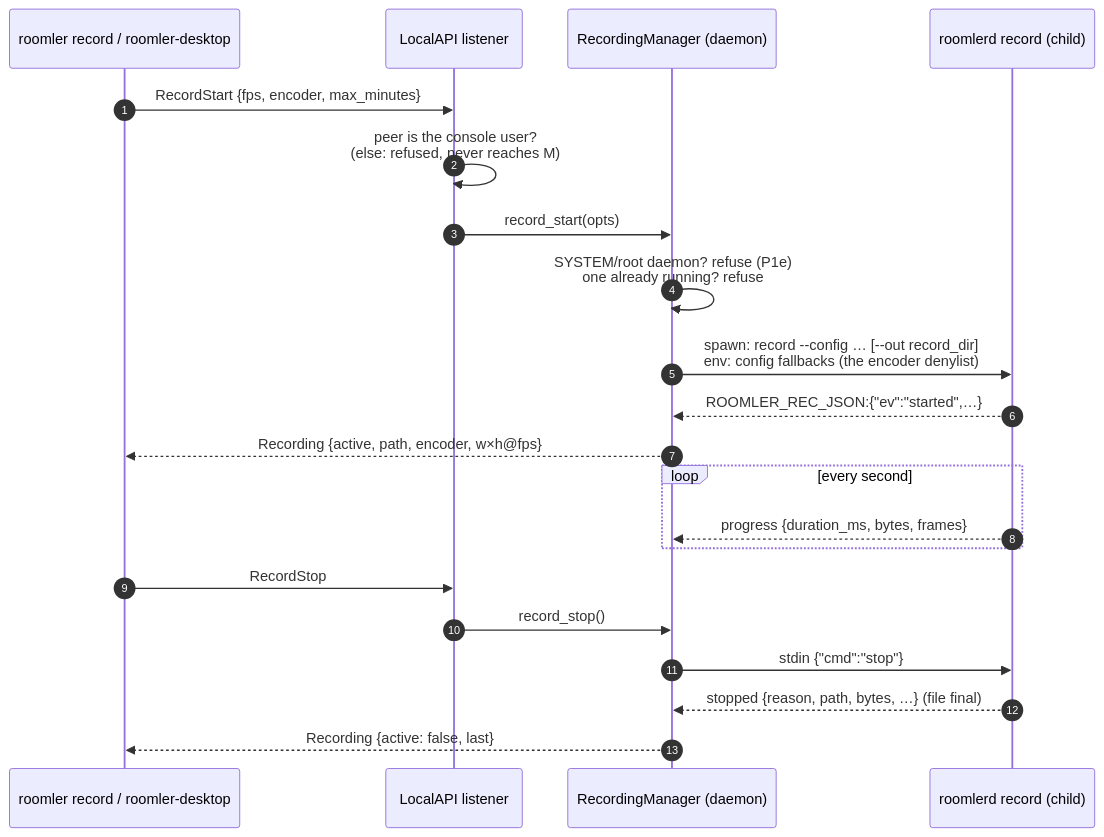
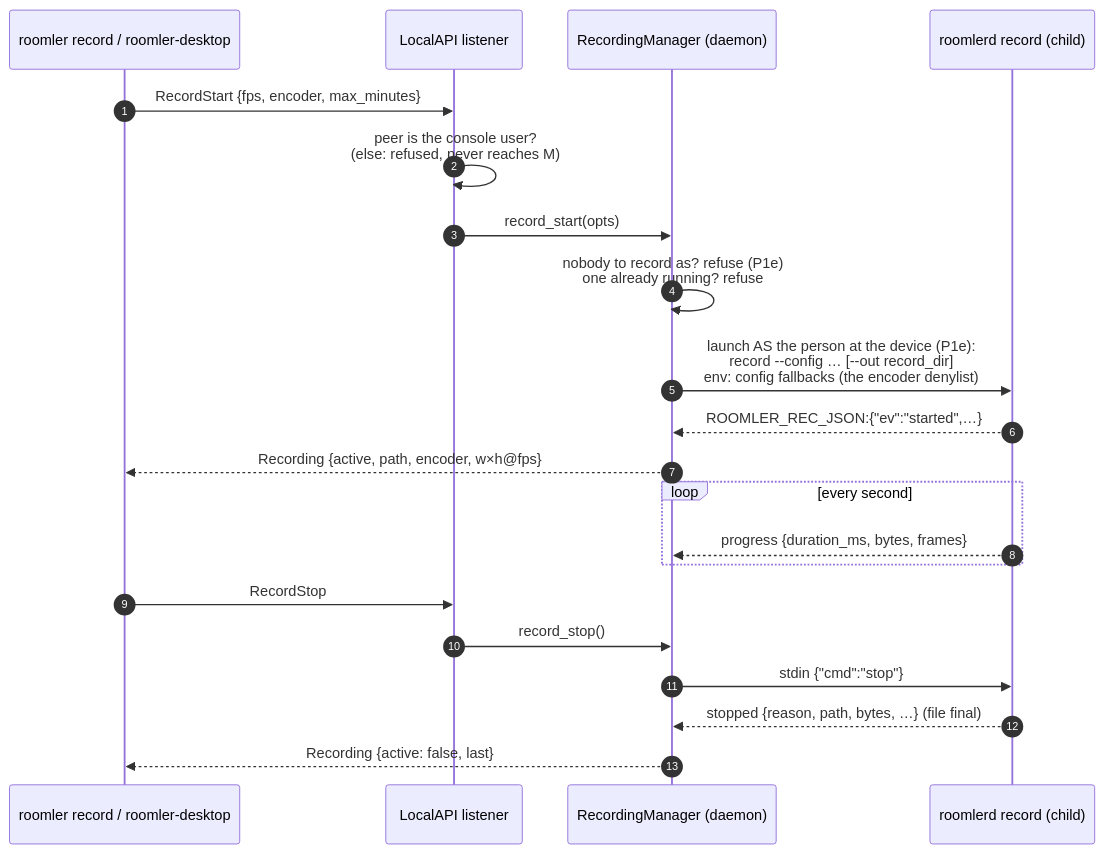
Before and after one commit to gjovanov/roomler-ai: the third of 9 diagrams in docs/recording.md, drawn with Mermaid. The commit also changed other lines of this file and 10 other files, not shown here.

````diff
--- a/docs/recording.md
+++ b/docs/recording.md
@@ -215,23 +216,23 @@
 ```mermaid
 sequenceDiagram
     autonumber
     participant C as roomler record / roomler-desktop
     participant L as LocalAPI listener
     participant M as RecordingManager (daemon)
     participant R as roomlerd record (child)
     C->>L: RecordStart {fps, encoder, max_minutes}
     L->>L: peer is the console user?<br/>(else: refused, never reaches M)
     L->>M: record_start(opts)
-    M->>M: SYSTEM/root daemon? refuse (P1e)<br/>one already running? refuse
-    M->>R: spawn: record --config … [--out record_dir]<br/>env: config fallbacks (the encoder denylist)
+    M->>M: nobody to record as? refuse (P1e)<br/>one already running? refuse
+    M->>R: launch AS the person at the device (P1e):<br/>record --config … [--out record_dir]<br/>env: config fallbacks (the encoder denylist)
     R-->>M: ROOMLER_REC_JSON:{"ev":"started",…}
     M-->>C: Recording {active, path, encoder, w×h@fps}
     loop every second
         R-->>M: progress {duration_ms, bytes, frames}
     end
     C->>L: RecordStop
     L->>M: record_stop()
     M->>R: stdin {"cmd":"stop"}
     R-->>M: stopped {reason, path, bytes, …} (file final)
     M-->>C: Recording {active: false, last}
 ```
````
